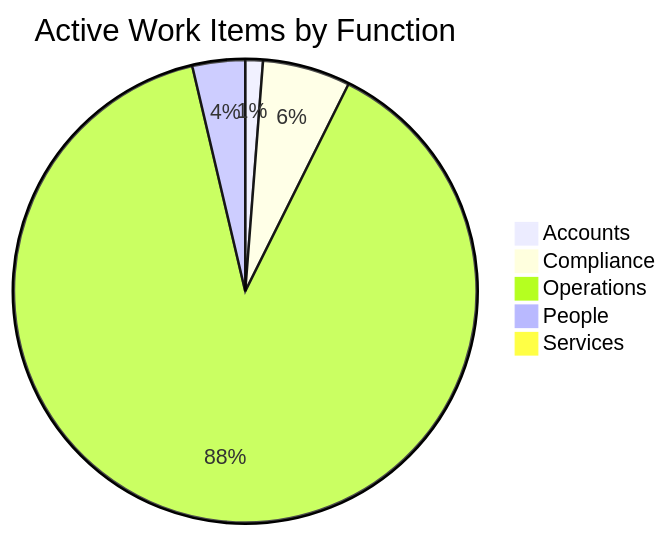
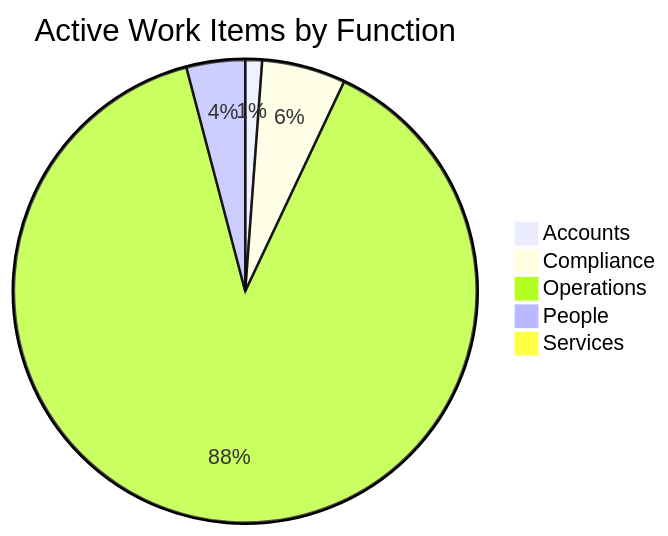
Before and after one commit to mgosal/5et.uk: the first of 3 diagrams in dashboard.md, drawn with Mermaid. The commit also changed other lines of this file and 3 other files, not shown here.

````diff
--- a/dashboard.md
+++ b/dashboard.md
@@ -332,8 +222,8 @@
 ```mermaid
 pie title Active Work Items by Function
     "Accounts" : 2
     "Compliance" : 10
-    "Operations" : 145
-    "People" : 6
+    "Operations" : 152
+    "People" : 7
     "Services" : 1
 ```
````
